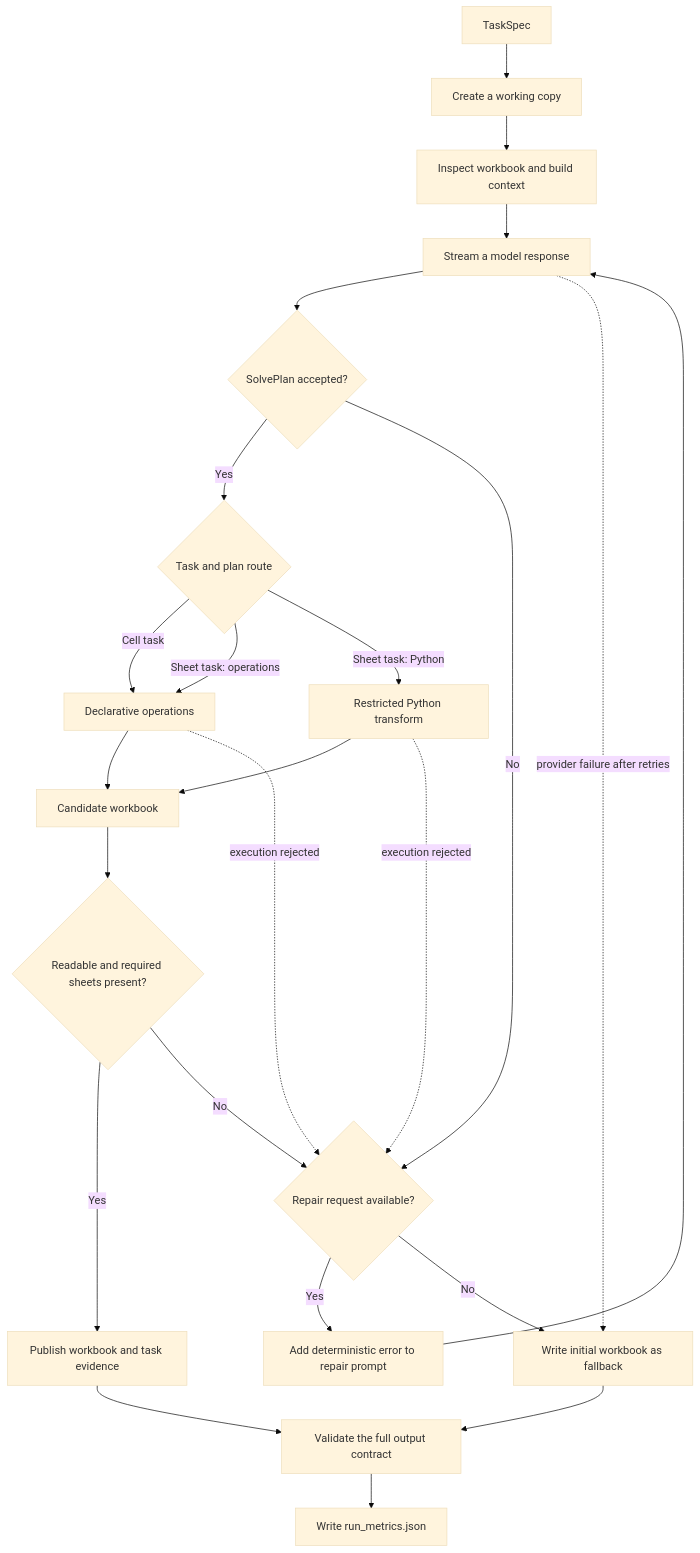
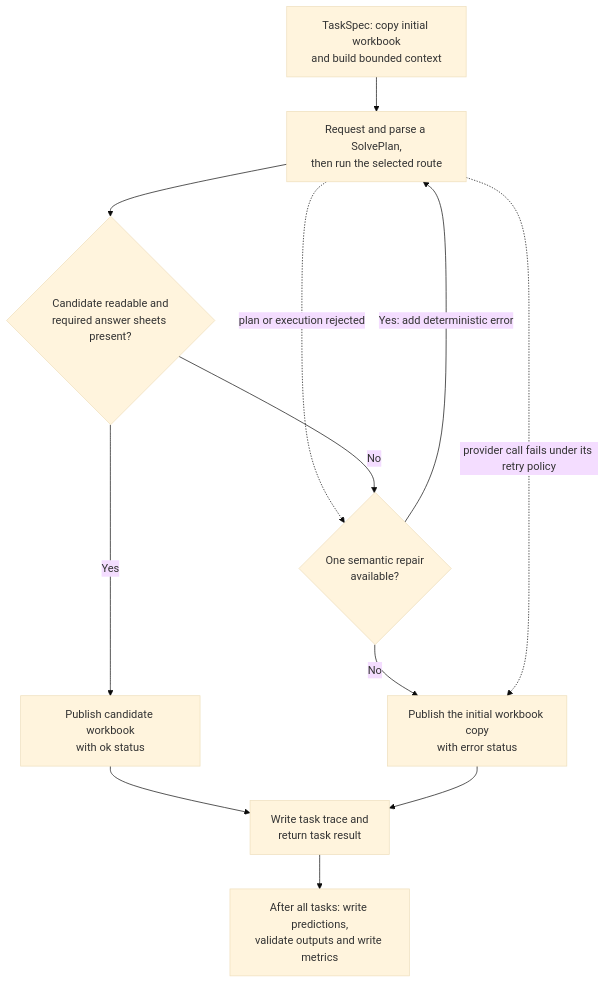
One commit to MasteraSnackin/ExactSource changed the second of 2 diagrams in docs/ARCHITECTURE.md. Above: the diagram before and after it, drawn with Mermaid (base theme). The commit also changed other lines of this file and 1 other file, not shown here.

Commit message:
docs: clarify ExactSource architecture diagrams

````diff
--- a/docs/ARCHITECTURE.md
+++ b/docs/ARCHITECTURE.md
@@ -53,28 +81,21 @@
 ```mermaid
 flowchart TD
     accTitle: ExactSource task pipeline
-    accDescr: Each task uses a temporary workbook and a bounded model call. A rejected plan or workbook can receive one repair request. Exhausted failures publish the initial workbook, while successful workbooks and fallbacks enter final batch validation.
-    Task["TaskSpec"] --> Copy["Create a working copy"]
-    Copy --> Inspect["Inspect workbook and build context"]
-    Inspect --> Call["Stream a model response"]
-    Call --> Parse{"SolvePlan accepted?"}
-    Parse -->|Yes| Route{"Task and plan route"}
-    Route -->|"Cell task"| Operations["Declarative operations"]
-    Route -->|"Sheet task: operations"| Operations
-    Route -->|"Sheet task: Python"| Python["Restricted Python transform"]
-    Operations --> Candidate["Candidate workbook"]
-    Python --> Candidate
-    Candidate --> Check{"Readable and required sheets present?"}
-    Check -->|Yes| Publish["Publish workbook and task evidence"]
-    Parse -->|No| Repair{"Repair request available?"}
-    Operations -.->|"execution rejected"| Repair
-    Python -.->|"execution rejected"| Repair
+    accDescr: A task normally moves from a temporary workbook copy through context construction, a model request, typed plan validation, route execution and structural checks. A rejected plan, execution or candidate check may use one semantic repair. A provider call that fails under its retry policy, or an exhausted repair, publishes the initial workbook with an error status. Every task result then enters final batch validation.
+
+    Prepare["TaskSpec: copy initial workbook<br/>and build bounded context"]
+    Attempt["Request and parse a SolvePlan,<br/>then run the selected route"]
+    Check{"Candidate readable and<br/>required answer sheets present?"}
+    Check -->|Yes| Publish["Publish candidate workbook<br/>with ok status"]
+
+    Prepare --> Attempt
+    Attempt --> Check
+    Attempt -.->|"plan or execution rejected"| Repair{"One semantic repair<br/>available?"}
     Check -->|No| Repair
-    Repair -->|Yes| RepairPrompt["Add deterministic error to repair prompt"]
-    RepairPrompt --> Call
-    Repair -->|No| Fallback["Write initial workbook as fallback"]
-    Call -.->|"provider failure after retries"| Fallback
-    Publish --> Batch["Validate the full output contract"]
-    Fallback --> Batch
-    Batch --> Metrics["Write run_metrics.json"]
+    Repair -->|"Yes: add deterministic error"| Attempt
+    Repair -->|No| Fallback["Publish the initial workbook copy<br/>with error status"]
+    Attempt -.->|"provider call fails under its retry policy"| Fallback
+    Publish --> TaskResult["Write task trace and<br/>return task result"]
+    Fallback --> TaskResult
+    TaskResult --> Batch["After all tasks: write predictions,<br/>validate outputs and write metrics"]
 ```
````
